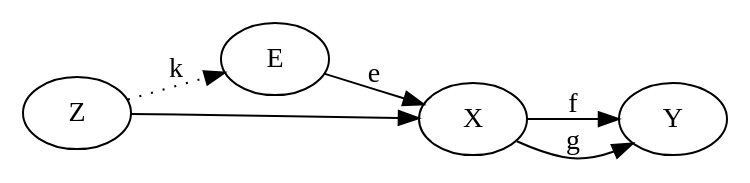
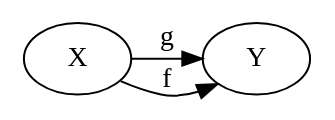
One commit to yugeta/cympfh.github.io changed the diagram in study/category/img/15.dot. Above: the diagram before and after it, drawn with Graphviz. The commit also changed 44 other files, not shown here.

```diff
--- a/study/category/img/15.dot
+++ b/study/category/img/15.dot
@@ -1,8 +1,5 @@
 digraph {
-  E -> X [label = "e"];
-  X -> Y [label = "f"];
-  X -> Y [label = "g"];
-  Z -> X;
-  Z -> E [label = "k", style="dotted"];
-  rankdir="LR";
+  X -> Y [label="f"];
+  X -> Y [label="g"];
+  {rank=same; X Y}
 }
```
